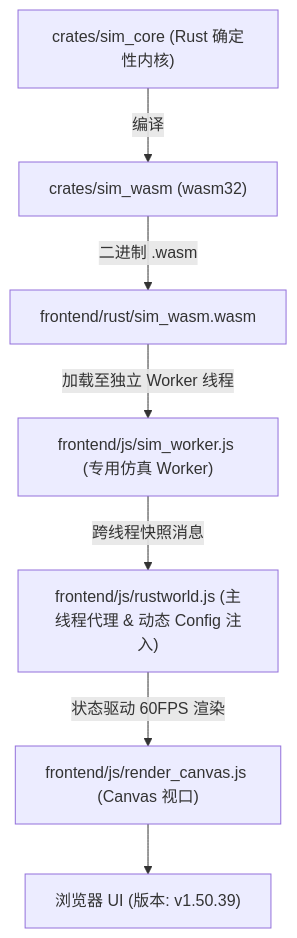
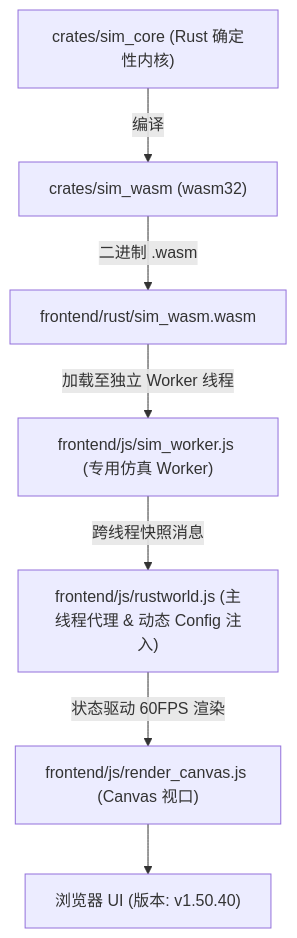
The diagram in AGENTS.md (g39088902/FlowAndAccord), drawn with Mermaid before and after one commit. The commit also changed other lines of this file and 20 other files, not shown here.

````diff
--- a/AGENTS.md
+++ b/AGENTS.md
@@ -61,9 +61,9 @@
 ```mermaid
 graph TD
     A["crates/sim_core (Rust 确定性内核)"] -->|编译| B["crates/sim_wasm (wasm32)"]
     B -->|二进制 .wasm| C["frontend/rust/sim_wasm.wasm"]
     C -->|加载至独立 Worker 线程| D["frontend/js/sim_worker.js (专用仿真 Worker)"]
     D -->|跨线程快照消息| E["frontend/js/rustworld.js (主线程代理 & 动态 Config 注入)"]
     E -->|状态驱动 60FPS 渲染| F["frontend/js/render_canvas.js (Canvas 视口)"]
-    F --> G["浏览器 UI (版本: v1.50.39)"]
+    F --> G["浏览器 UI (版本: v1.50.40)"]
 ```
````
